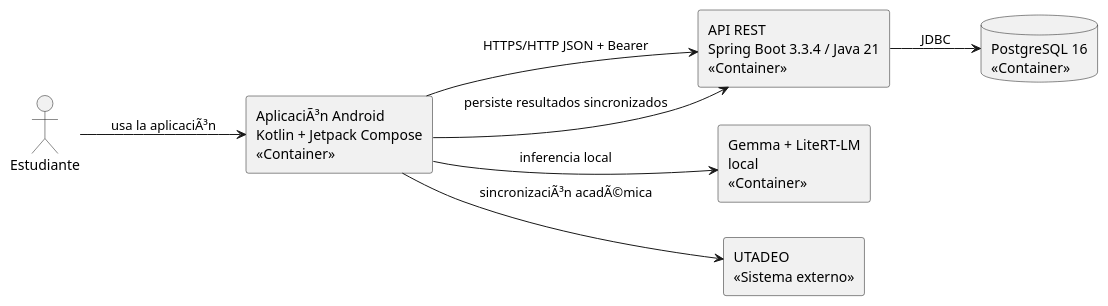
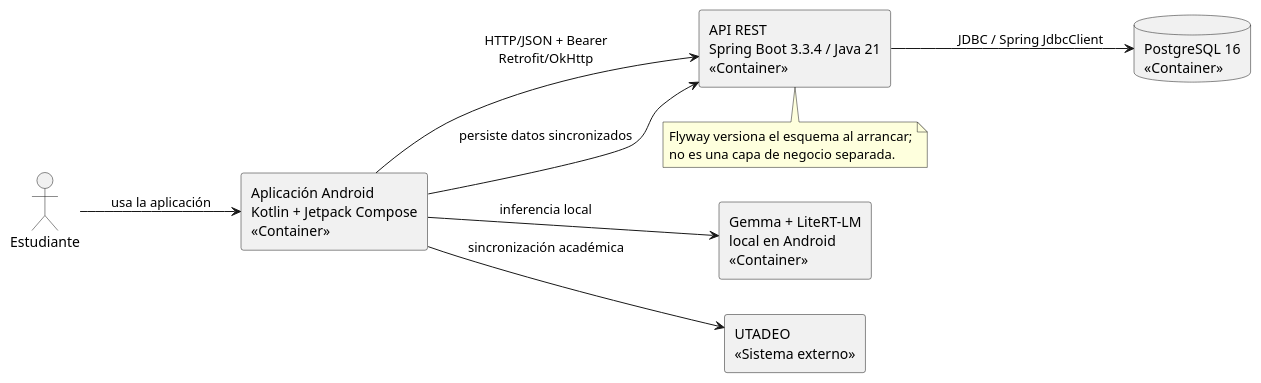
One commit to afat13/Proyecto-ArquitecturaSoftware changed the diagram in docs/c4/02-contenedores.puml. Above: the diagram before and after it, drawn with PlantUML. The commit also changed 4 other files, not shown here.

```diff
--- a/docs/c4/02-contenedores.puml
+++ b/docs/c4/02-contenedores.puml
@@ -1,18 +1,20 @@
 @startuml
 left to right direction
 skinparam shadowing false
-
 actor "Estudiante" as estudiante
-rectangle "AplicaciÃ³n Android\nKotlin + Jetpack Compose\n<<Container>>" as android
+rectangle "Aplicación Android\nKotlin + Jetpack Compose\n<<Container>>" as android
 rectangle "API REST\nSpring Boot 3.3.4 / Java 21\n<<Container>>" as api
 database "PostgreSQL 16\n<<Container>>" as db
-rectangle "Gemma + LiteRT-LM\nlocal\n<<Container>>" as gemma
+rectangle "Gemma + LiteRT-LM\nlocal en Android\n<<Container>>" as gemma
 rectangle "UTADEO\n<<Sistema externo>>" as utadeo
-
-estudiante --> android : usa la aplicaciÃ³n
-android --> api : HTTPS/HTTP JSON + Bearer
-api --> db : JDBC
+estudiante --> android : usa la aplicación
+android --> api : HTTP/JSON + Bearer\nRetrofit/OkHttp
+api --> db : JDBC / Spring JdbcClient
 android --> gemma : inferencia local
-android --> utadeo : sincronizaciÃ³n acadÃ©mica
-android --> api : persiste resultados sincronizados
+android --> utadeo : sincronización académica
+android --> api : persiste datos sincronizados
+note bottom of api
+Flyway versiona el esquema al arrancar;
+no es una capa de negocio separada.
+end note
 @enduml
```
